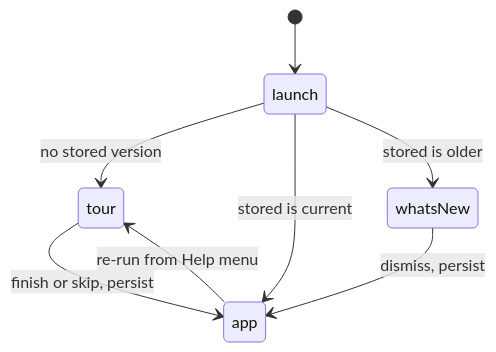
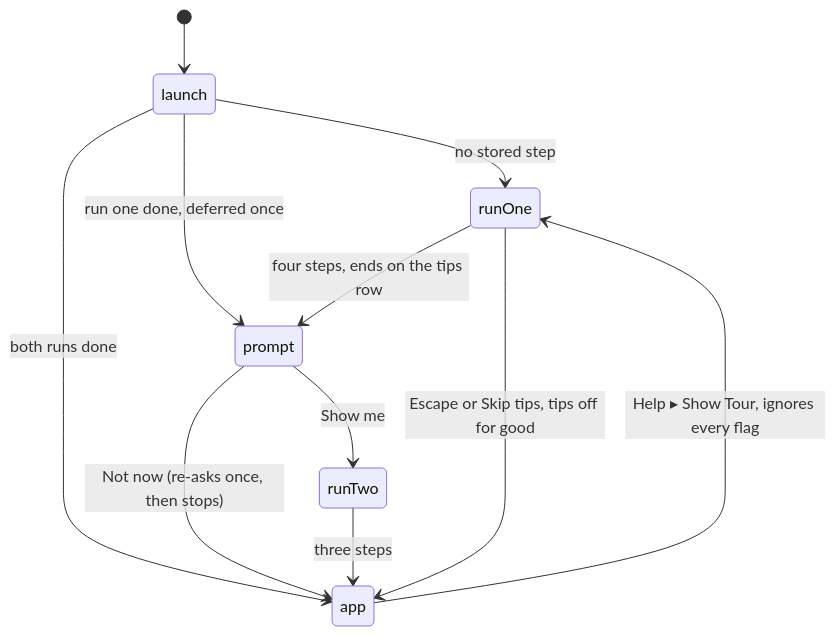
One commit to mindaugaskasp/diff-bro changed the fifth of 6 diagrams in docs/roadmap.md. Above: the diagram before and after it, drawn with Mermaid. The commit also changed other lines of this file and 6 other files, not shown here.

````diff
--- a/docs/roadmap.md
+++ b/docs/roadmap.md
@@ -176,10 +176,13 @@
 ```mermaid
 stateDiagram-v2
   [*] --> launch
-  launch --> tour: no stored version
-  launch --> app: stored is current
-  launch --> whatsNew: stored is older
-  tour --> app: finish or skip, persist
-  whatsNew --> app: dismiss, persist
-  app --> tour: re-run from Help menu
+  launch --> runOne: no stored step
+  launch --> app: both runs done
+  launch --> prompt: run one done, deferred once
+  runOne --> prompt: four steps, ends on the tips row
+  prompt --> runTwo: Show me
+  prompt --> app: Not now (re-asks once, then stops)
+  runTwo --> app: three steps
+  runOne --> app: Escape or Skip tips, tips off for good
+  app --> runOne: Help ▸ Show Tour, ignores every flag
 ```
````
